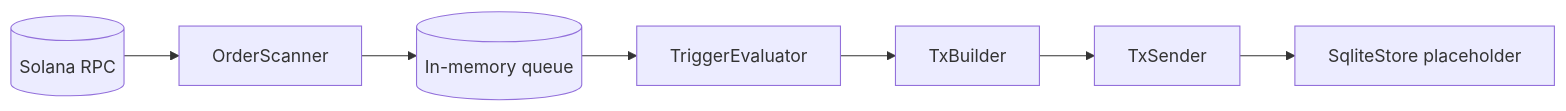
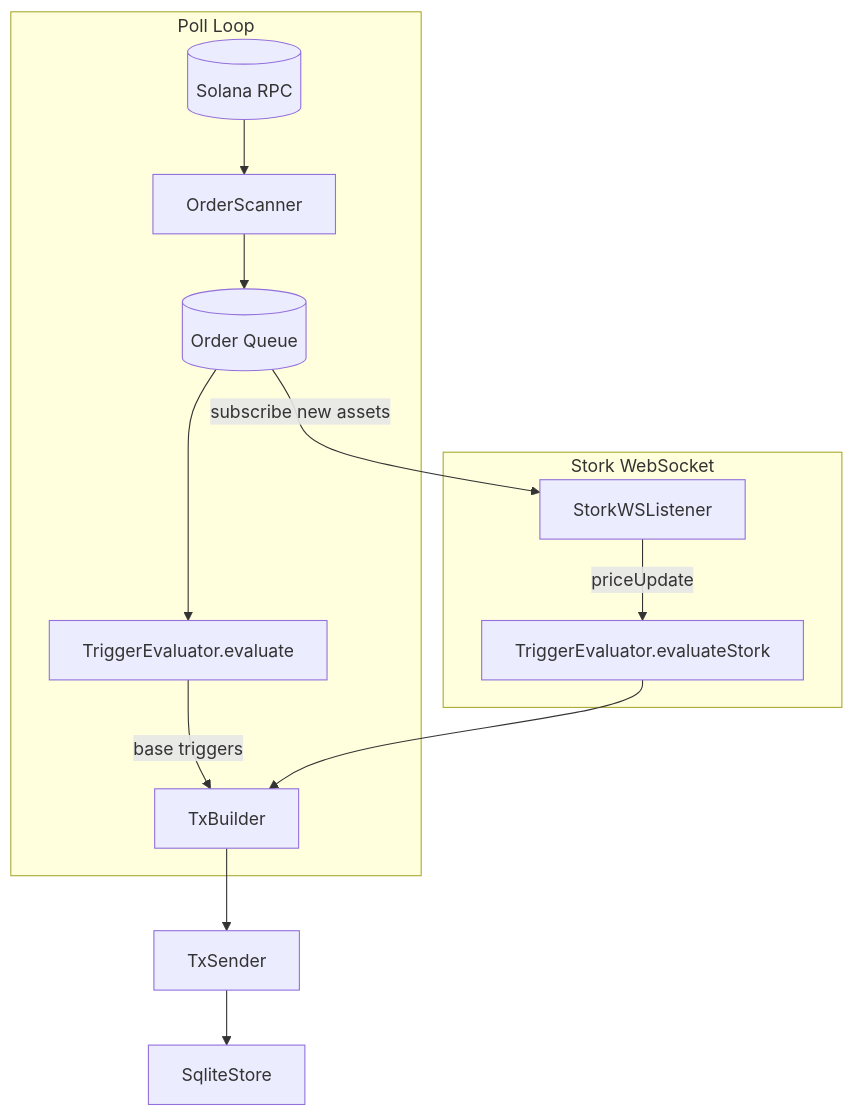
One commit to Cobster-10/tx-cpi-invoker changed the first of 4 diagrams in services/keeper/ARCHITECTURE.md. Above: the diagram before and after it, drawn with Mermaid. The commit also changed other lines of this file and 19 other files, not shown here.

````diff
--- a/services/keeper/ARCHITECTURE.md
+++ b/services/keeper/ARCHITECTURE.md
@@ -17,9 +17,16 @@
 ```mermaid
-flowchart LR
-  RPC[(Solana RPC)] --> S[OrderScanner]
-  S --> Q[(In-memory queue)]
-  Q --> E[TriggerEvaluator]
-  E --> B[TxBuilder]
+flowchart TD
+  subgraph poll [Poll Loop]
+    RPC[(Solana RPC)] --> S[OrderScanner]
+    S --> Q[(Order Queue)]
+    Q --> E[TriggerEvaluator.evaluate]
+    E -->|base triggers| B[TxBuilder]
+  end
+  subgraph stork [Stork WebSocket]
+    WS[StorkWSListener] -->|priceUpdate| EVAL[TriggerEvaluator.evaluateStork]
+    EVAL --> B
+  end
+  Q -->|subscribe new assets| WS
   B --> T[TxSender]
-  T --> ST[SqliteStore placeholder]
+  T --> ST[SqliteStore]
 ```
````
